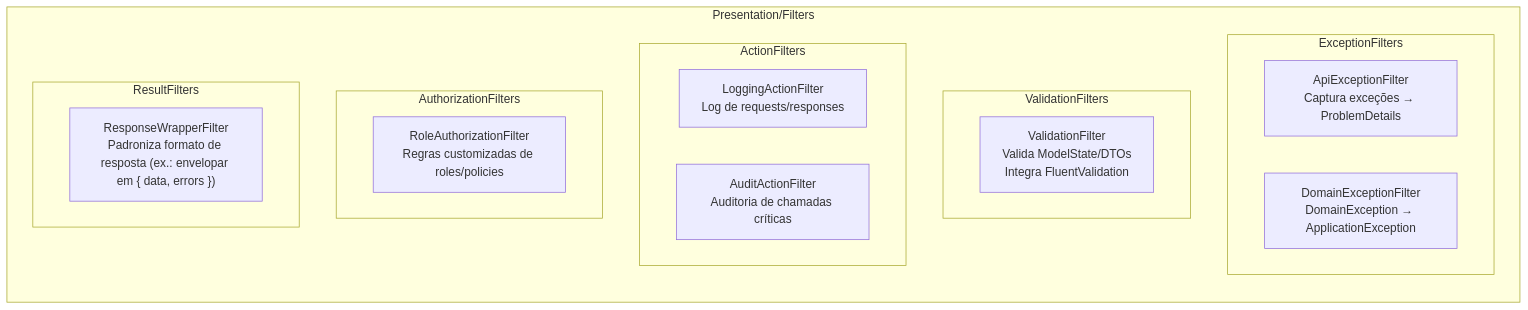
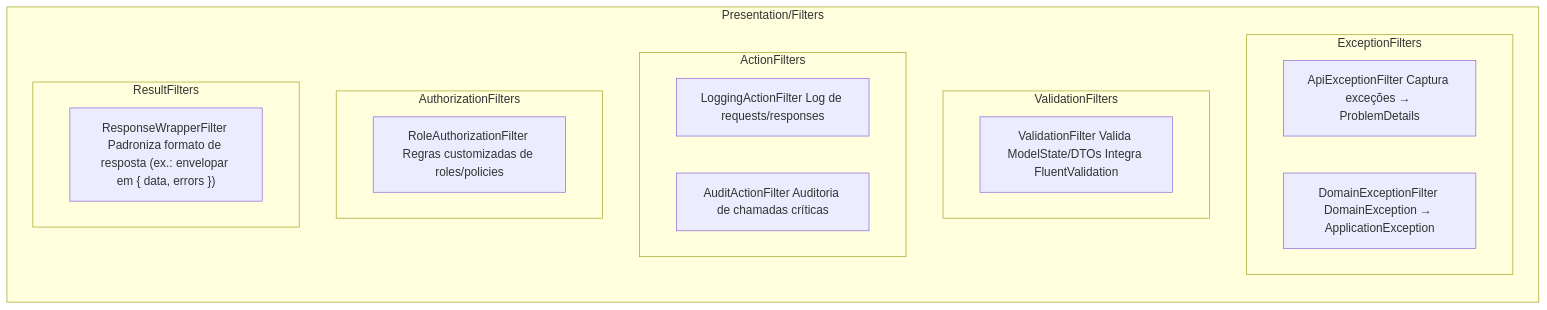
One commit to rodrigofurlaneti/FSI.Authentication.Api.BackEnd changed diagram 14 of 15 in README.md. Above: the diagram before and after it, drawn with Mermaid. The commit also changed other lines of this file, not shown here.

````diff
--- a/README.md
+++ b/README.md
@@ -541,30 +541,30 @@
 ```mermaid
 %%{init: {"flowchart": {"htmlLabels": false}} }%%
 flowchart TB
 
   subgraph Filters["Presentation/Filters"]
     direction TB
 
     subgraph ExceptionFilters["ExceptionFilters"]
-      Ex1["ApiExceptionFilter\nCaptura exceções → ProblemDetails"]
-      Ex2["DomainExceptionFilter\nDomainException → ApplicationException"]
+      Ex1["ApiExceptionFilter Captura exceções → ProblemDetails"]
+      Ex2["DomainExceptionFilter DomainException → ApplicationException"]
     end
 
     subgraph ValidationFilters["ValidationFilters"]
-      V1["ValidationFilter\nValida ModelState/DTOs\nIntegra FluentValidation"]
+      V1["ValidationFilter Valida ModelState/DTOs Integra FluentValidation"]
     end
 
     subgraph ActionFilters["ActionFilters"]
-      A1["LoggingActionFilter\nLog de requests/responses"]
-      A2["AuditActionFilter\nAuditoria de chamadas críticas"]
+      A1["LoggingActionFilter Log de requests/responses"]
+      A2["AuditActionFilter Auditoria de chamadas críticas"]
     end
 
     subgraph AuthorizationFilters["AuthorizationFilters"]
-      AU1["RoleAuthorizationFilter\nRegras customizadas de roles/policies"]
+      AU1["RoleAuthorizationFilter Regras customizadas de roles/policies"]
     end
 
     subgraph ResultFilters["ResultFilters"]
-      R1["ResponseWrapperFilter\nPadroniza formato de resposta (ex.: envelopar em { data, errors })"]
+      R1["ResponseWrapperFilter Padroniza formato de resposta (ex.: envelopar em { data, errors })"]
     end
   end
 ```
````
